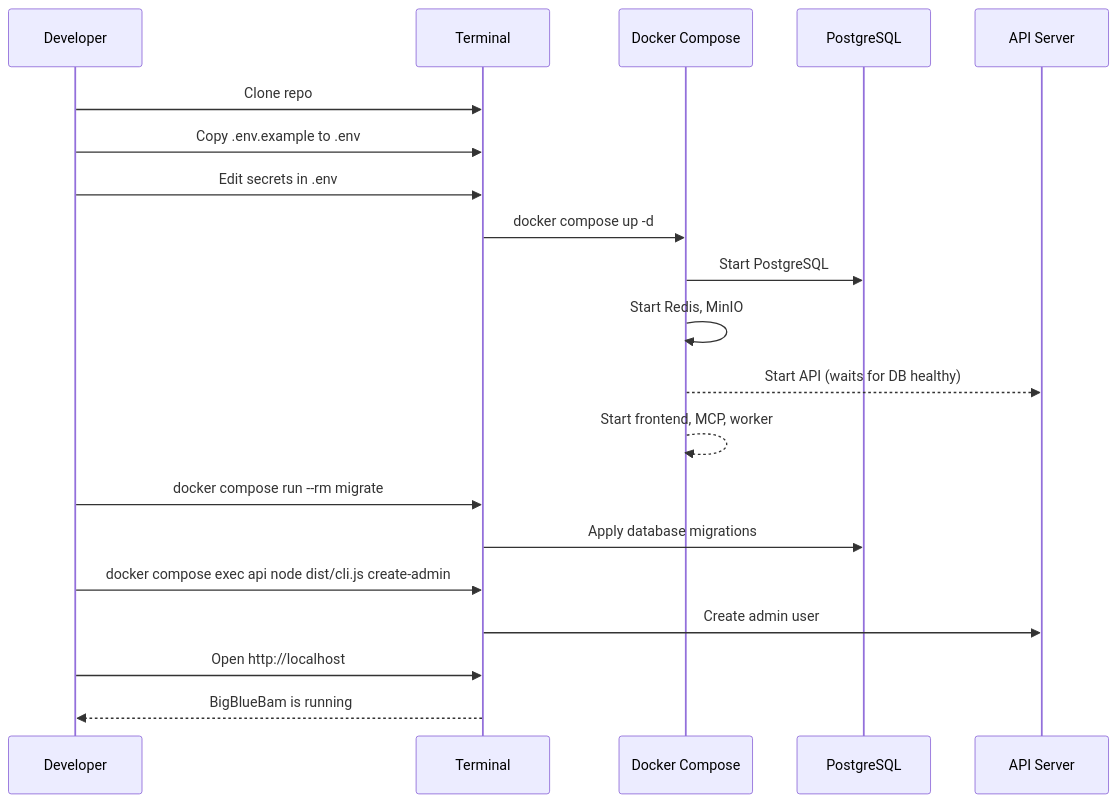
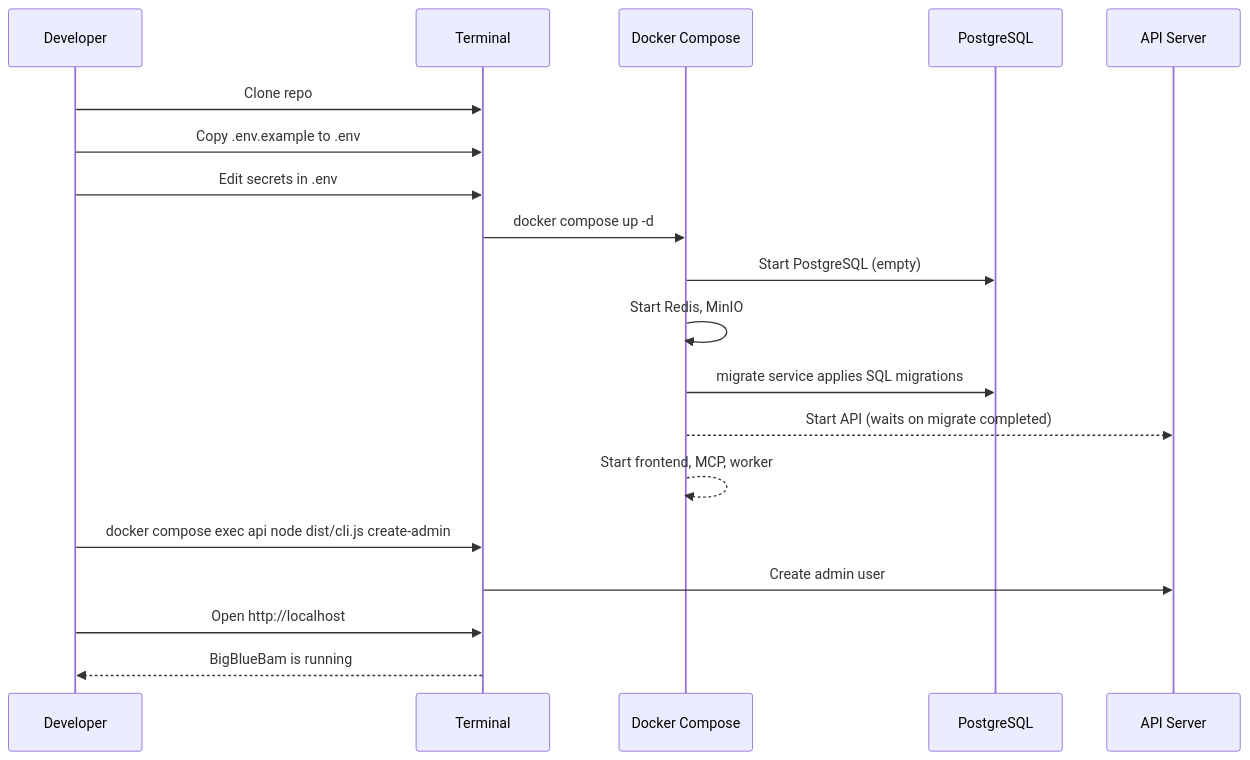
One commit to leith-bartrich/BigBlueBam changed the diagram in docs/getting-started.md. Above: the diagram before and after it, drawn with Mermaid. The commit also changed other lines of this file and 8 other files, not shown here.

````diff
--- a/docs/getting-started.md
+++ b/docs/getting-started.md
@@ -32,23 +32,22 @@
 ```mermaid
 sequenceDiagram
     participant Dev as Developer
     participant Shell as Terminal
     participant Docker as Docker Compose
     participant DB as PostgreSQL
     participant App as API Server
 
     Dev->>Shell: Clone repo
     Dev->>Shell: Copy .env.example to .env
     Dev->>Shell: Edit secrets in .env
     Shell->>Docker: docker compose up -d
-    Docker->>DB: Start PostgreSQL
+    Docker->>DB: Start PostgreSQL (empty)
     Docker->>Docker: Start Redis, MinIO
-    Docker-->>App: Start API (waits for DB healthy)
+    Docker->>DB: migrate service applies SQL migrations
+    Docker-->>App: Start API (waits on migrate completed)
     Docker-->>Docker: Start frontend, MCP, worker
-    Dev->>Shell: docker compose run --rm migrate
-    Shell->>DB: Apply database migrations
     Dev->>Shell: docker compose exec api node dist/cli.js create-admin
     Shell->>App: Create admin user
     Dev->>Shell: Open http://localhost
     Shell-->>Dev: BigBlueBam is running
 ```
````
